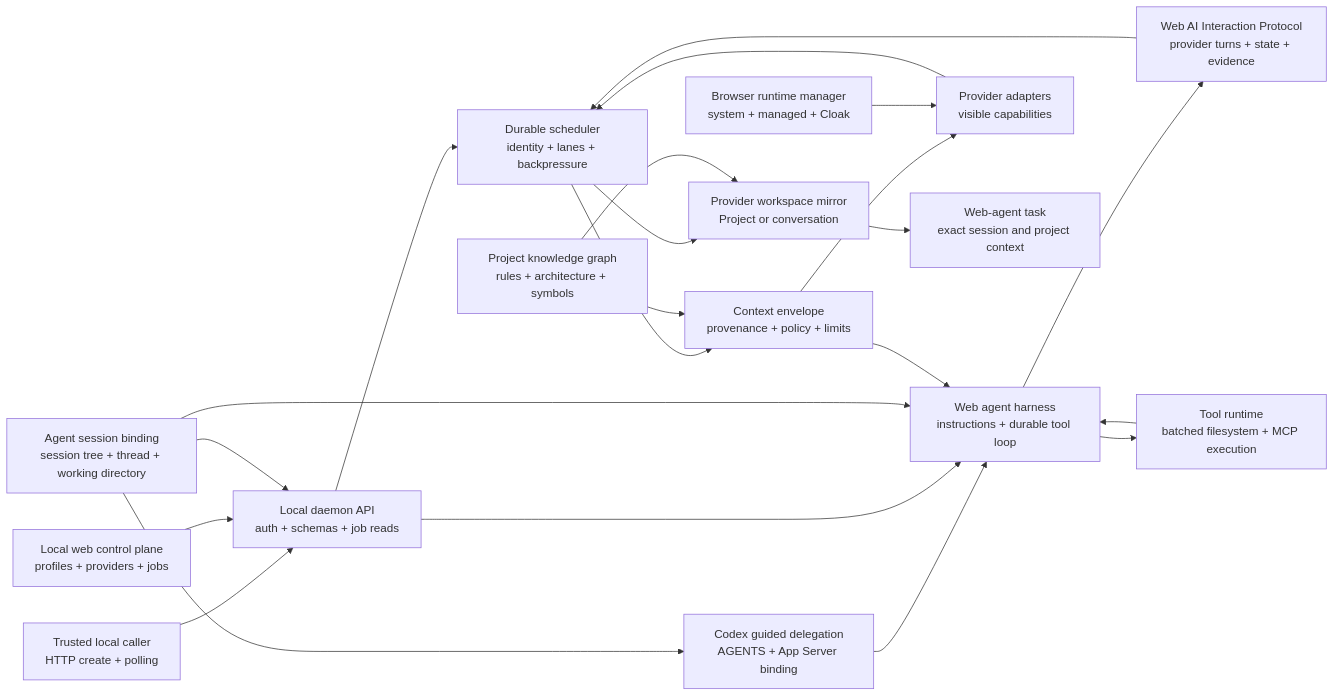
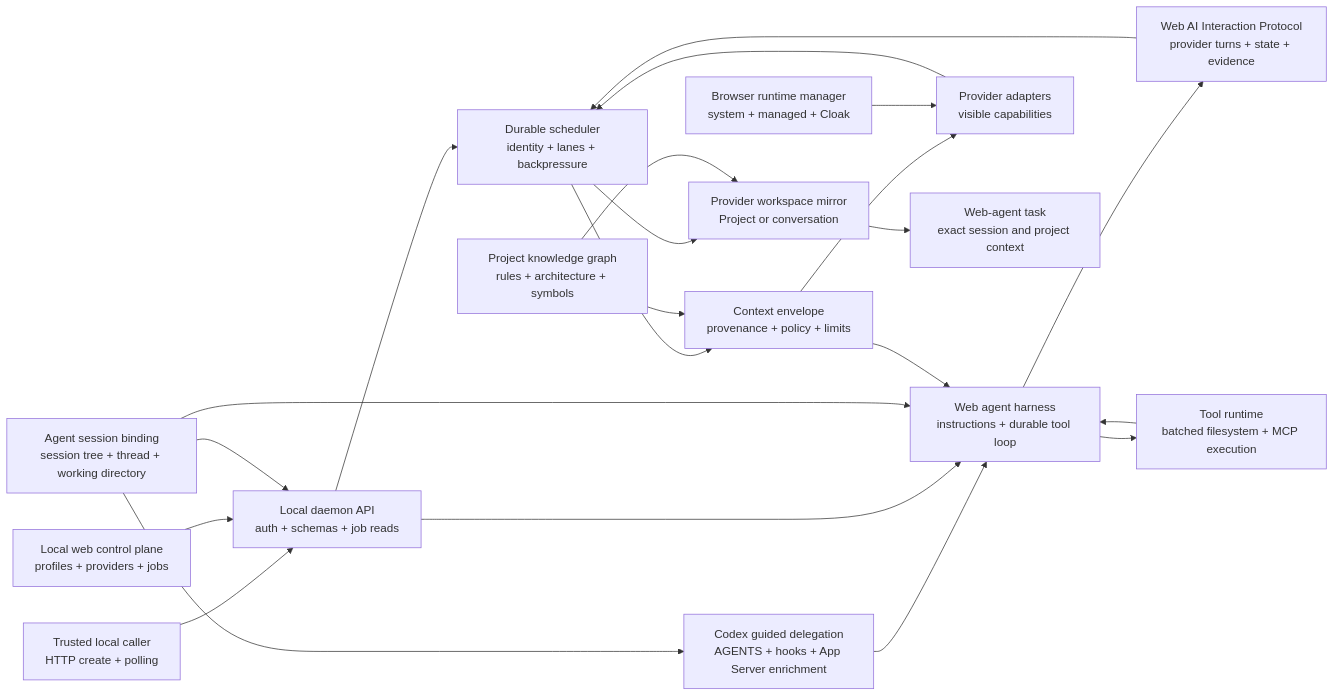
One commit to jazelly/tokenless changed the diagram in docs/roadmaps/README.md. Above: the diagram before and after it, drawn with Mermaid. The commit also changed other lines of this file and 18 other files, not shown here.

````diff
--- a/docs/roadmaps/README.md
+++ b/docs/roadmaps/README.md
@@ -63,40 +63,40 @@
 ```mermaid
 flowchart LR
   Caller["Trusted local caller<br/>HTTP create + polling"]
   UI["Local web control plane<br/>profiles + providers + jobs"]
   API["Local daemon API<br/>auth + schemas + job reads"]
   Session["Agent session binding<br/>session tree + thread + working directory"]
-  Codex["Codex guided delegation<br/>AGENTS + App Server binding"]
+  Codex["Codex guided delegation<br/>AGENTS + hooks + App Server enrichment"]
   Scheduler["Durable scheduler<br/>identity + lanes + backpressure"]
   Context["Context envelope<br/>provenance + policy + limits"]
   Harness["Web agent harness<br/>instructions + durable tool loop"]
   Protocol["Web AI Interaction Protocol<br/>provider turns + state + evidence"]
   Tools["Tool runtime<br/>batched filesystem + MCP execution"]
   Graph["Project knowledge graph<br/>rules + architecture + symbols"]
   Browser["Browser runtime manager<br/>system + managed + Cloak"]
   Provider["Provider adapters<br/>visible capabilities"]
   Workspace["Provider workspace mirror<br/>Project or conversation"]
   Task["Web-agent task<br/>exact session and project context"]
 
   Caller --> API
   UI --> API
   Session --> API
   Session --> Codex
   Codex --> Harness
   API --> Scheduler
   Scheduler --> Context
   Graph --> Context
   API --> Harness
   Session --> Harness
   Context --> Harness
   Harness --> Protocol
   Protocol --> Scheduler
   Harness --> Tools
   Tools --> Harness
   Context --> Provider
   Browser --> Provider
   Provider --> Scheduler
   Scheduler --> Workspace
   Graph --> Workspace
   Workspace --> Task
 ```
````
